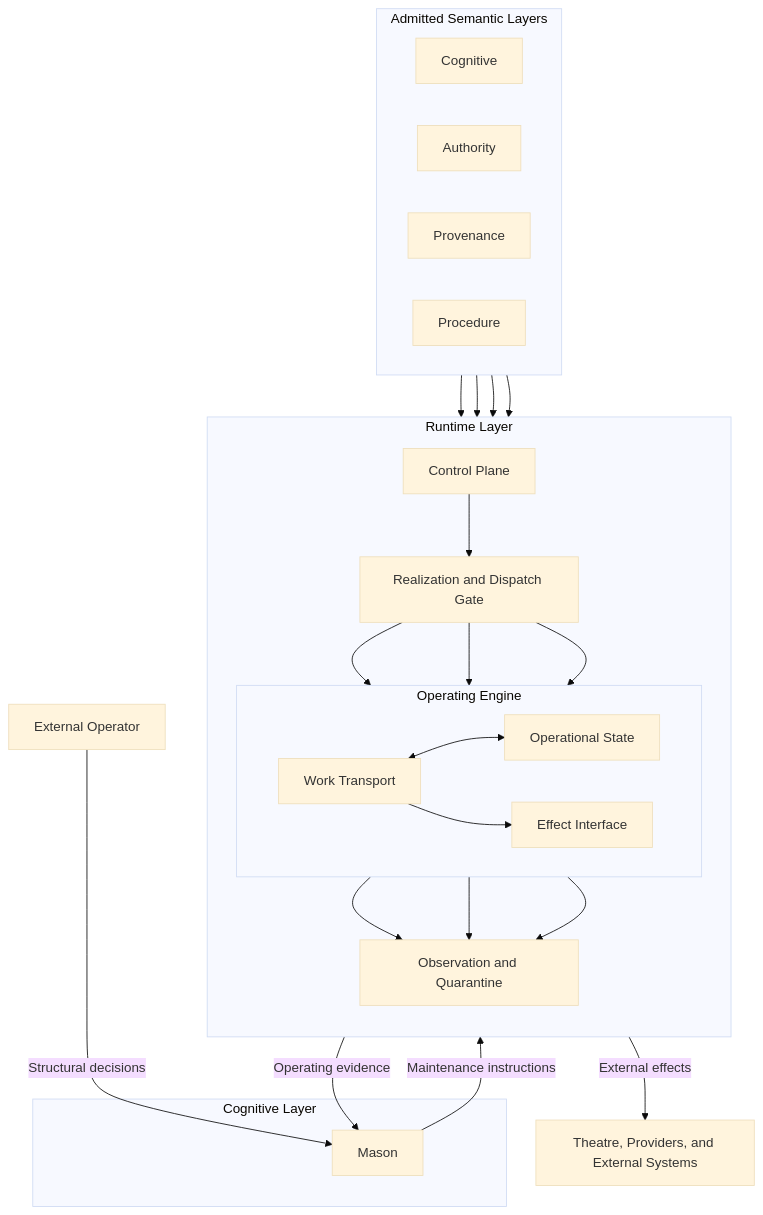
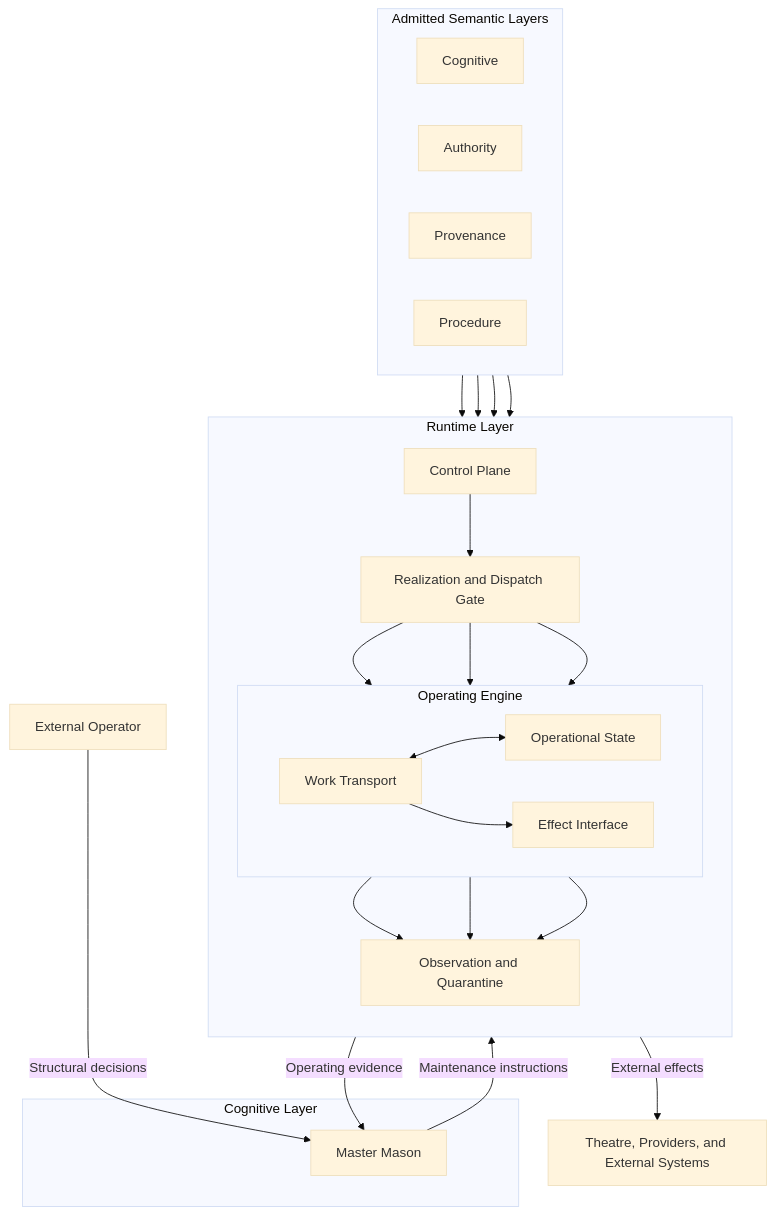
One commit to gatomontes/imperium-agentica-v02 changed the first of 2 diagrams in drafts/runtime-layer-structural-map-001.md. Above: the diagram before and after it, drawn with Mermaid (base theme). The commit also changed other lines of this file, not shown here.

Commit message:
Canonicalize Master Mason in drafts/runtime-layer-structural-map-001.md

````diff
--- a/drafts/runtime-layer-structural-map-001.md
+++ b/drafts/runtime-layer-structural-map-001.md
@@ -11,57 +11,57 @@
 ```mermaid
 flowchart TB
     OP["External Operator"]
 
     subgraph SEM["Admitted Semantic Layers"]
         direction LR
         C["Cognitive"]
         A["Authority"]
         P["Provenance"]
         PR["Procedure"]
     end
 
     subgraph COG["Cognitive Layer"]
-        M["Mason"]
+        M["Master Mason"]
     end
 
     subgraph RT["Runtime Layer"]
         direction TB
 
         CP["Control Plane"]
         RG["Realization and Dispatch Gate"]
 
         subgraph ENG["Operating Engine"]
             direction LR
             WT["Work Transport"]
             ST["Operational State"]
             FX["Effect Interface"]
         end
 
         OQ["Observation and Quarantine"]
 
         CP --> RG
         RG --> WT
         RG --> ST
         RG --> FX
 
         WT <--> ST
         WT --> FX
 
         WT --> OQ
         ST --> OQ
         FX --> OQ
     end
 
     EX["Theatre, Providers, and External Systems"]
 
     OP -->|"Structural decisions"| M
     M -->|"Maintenance instructions"| CP
     OQ -->|"Operating evidence"| M
 
     C --> RG
     A --> RG
     P --> RG
     PR --> RG
 
     FX -->|"External effects"| EX
 ```
````
